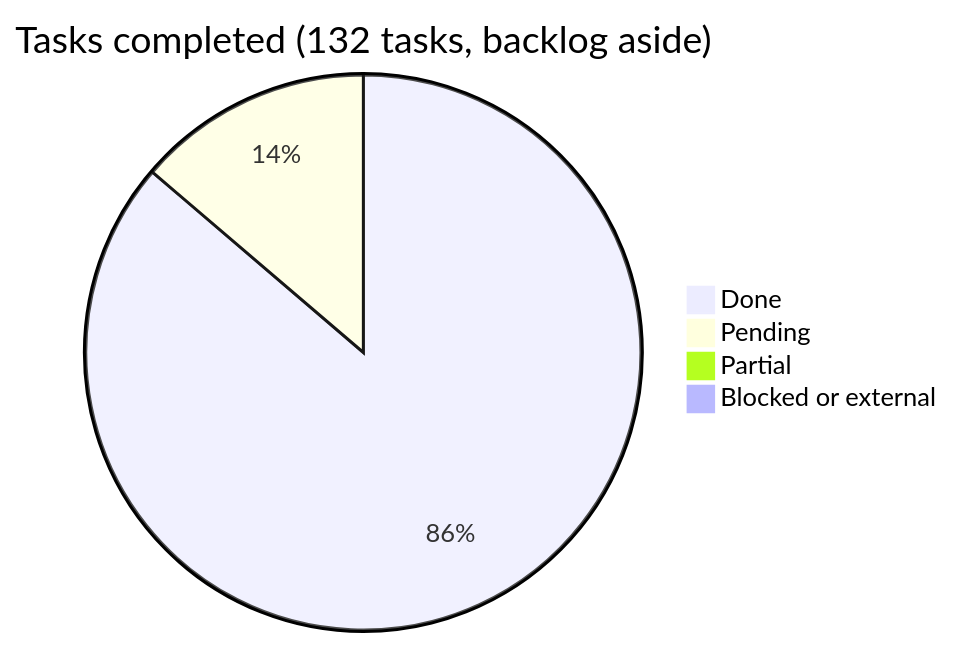
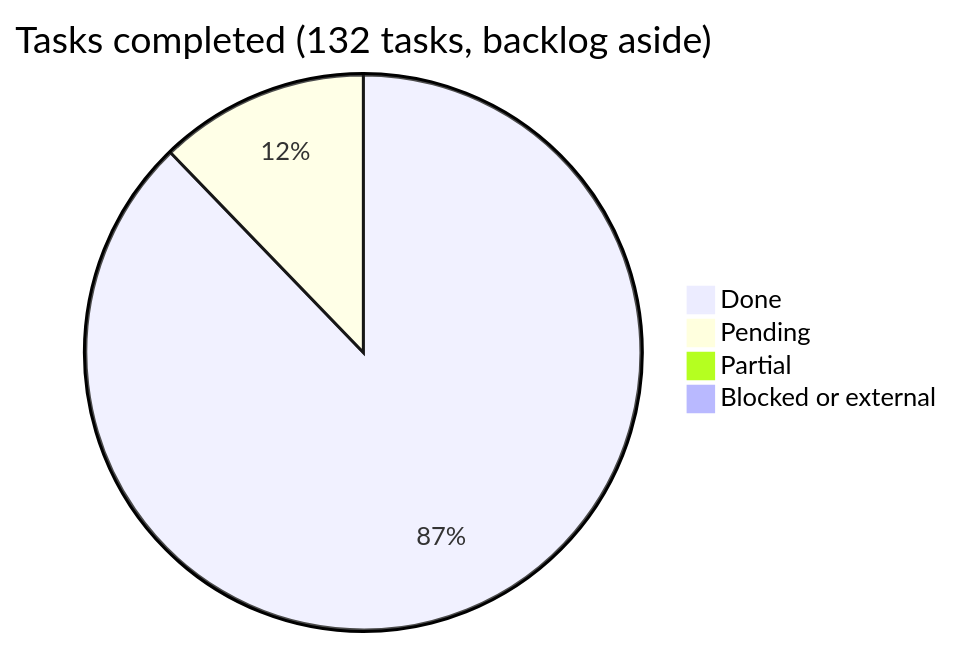
One commit to araguaney-lat/araguaney-app changed the diagram in docs/roadmap/README.md. Above: the diagram before and after it, drawn with Mermaid. The commit also changed other lines of this file and 9 other files, not shown here.

````diff
--- a/docs/roadmap/README.md
+++ b/docs/roadmap/README.md
@@ -29,7 +29,7 @@
 ```mermaid
 pie title Tasks completed (132 tasks, backlog aside)
-    "Done" : 113
-    "Pending" : 18
+    "Done" : 115
+    "Pending" : 16
     "Partial" : 1
     "Blocked or external" : 0
 ```
````
